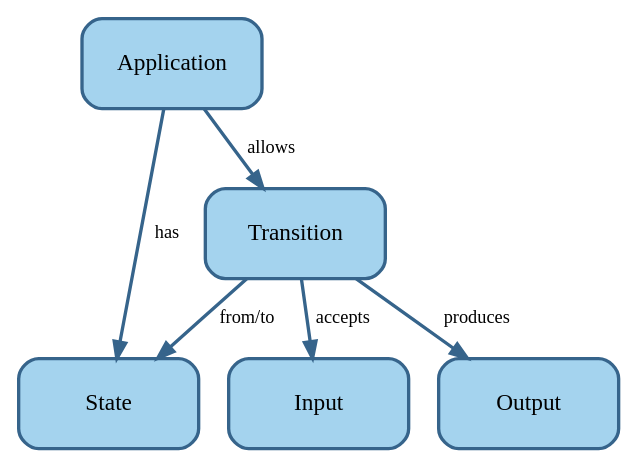
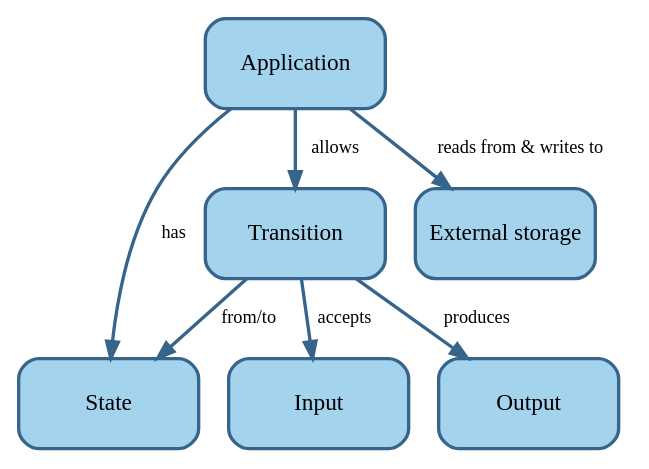
Before and after one commit to setms/book: the fourth of 4 diagrams in docs/introduction/software.md, drawn with Graphviz. The commit also changed other lines of this file, not shown here.

````diff
--- a/docs/introduction/software.md
+++ b/docs/introduction/software.md
@@ -286,13 +299,14 @@
 ```dot process
 digraph basic_application_concept_map {
   node [shape=rect, style="rounded,filled", fixedsize=true, width=1.5, height=0.75, fillcolor=lightskyblue2,
     color=steelblue4, penwidth=2];
   edge [fontsize=11, color=steelblue4, penwidth=2];
 
   Application -> State [label="has"];
-  Application -> Transition [label="allows"];
+  Application -> Transition [label="  allows"];
   Transition -> State [label="from/to"];
   Transition -> Input [label="accepts"];
   Transition -> Output [label="  produces"];
+  Application -> "External storage" [label="reads from & writes to"];
 }
 ```
````
